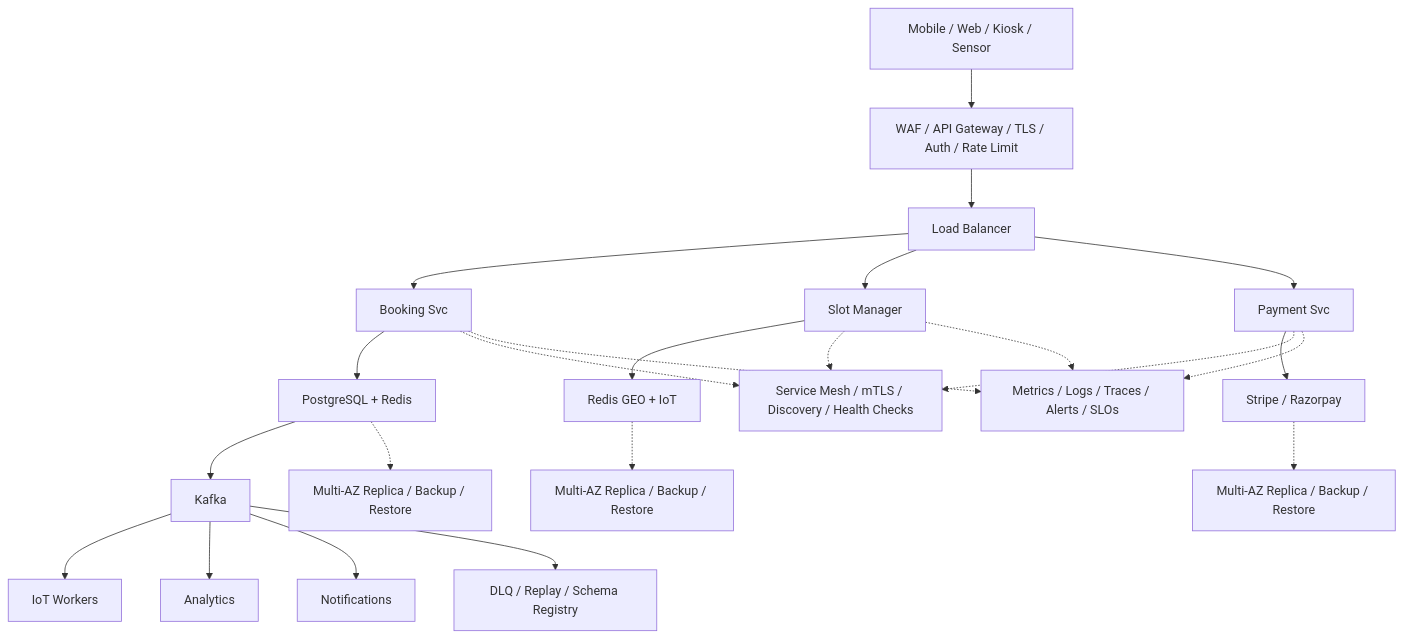
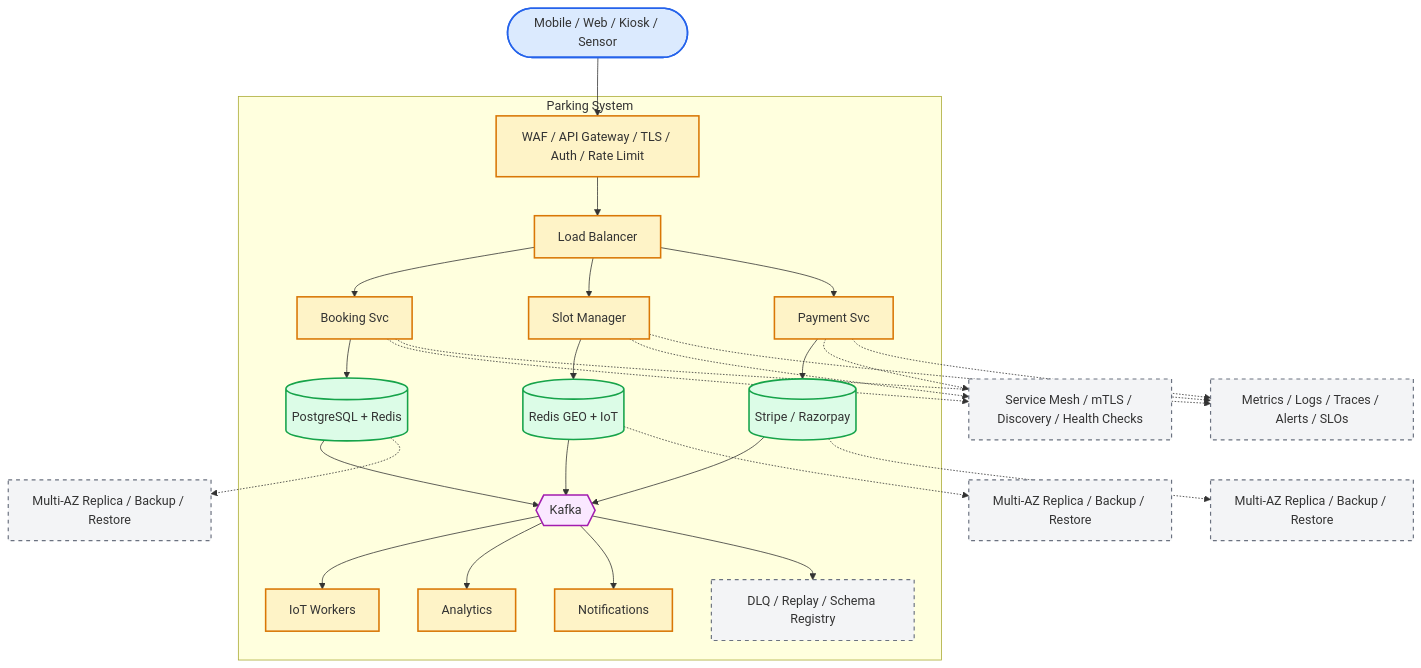
Before and after one commit to aishwary11/system-design: the diagram in system-design-parking-system.md, drawn with Mermaid. The commit also changed other lines of this file and 36 other files, not shown here.

First line of the commit message:
Standardize all diagrams on C4-style Mermaid template

````diff
--- a/system-design-parking-system.md
+++ b/system-design-parking-system.md
@@ -40,25 +40,65 @@
 ```mermaid
 flowchart TB
-    clients["Mobile / Web / Kiosk / Sensor"] --> edge["WAF / API Gateway / TLS / Auth / Rate Limit"]
-    edge --> lb["Load Balancer"]
-    lb --> svc0["Booking Svc"]
-    lb --> svc1["Slot Manager"]
-    lb --> svc2["Payment Svc"]
-    svc0 --> store0["PostgreSQL + Redis"]
-    svc1 --> store1["Redis GEO + IoT"]
-    svc2 --> store2["Stripe / Razorpay"]
-    store0 --> stream["Kafka"]
-    stream --> worker0["IoT Workers"]
-    stream --> worker1["Analytics"]
-    stream --> worker2["Notifications"]
-    svc0 -.-> platform["Service Mesh / mTLS / Discovery / Health Checks"]
-    svc1 -.-> platform
-    svc2 -.-> platform
-    store0 -.-> backup0["Multi-AZ Replica / Backup / Restore"]
-    store1 -.-> backup1["Multi-AZ Replica / Backup / Restore"]
-    store2 -.-> backup2["Multi-AZ Replica / Backup / Restore"]
-    stream --> dlq["DLQ / Replay / Schema Registry"]
-    svc0 -.-> ops["Metrics / Logs / Traces / Alerts / SLOs"]
+    %% Actors (people)
+    clients(["Mobile / Web / Kiosk / Sensor"])
+
+    %% System boundary - containers owned by the platform
+    subgraph platform["Parking System"]
+        edge["WAF / API Gateway / TLS / Auth / Rate Limit"]
+        lb["Load Balancer"]
+        svc0["Booking Svc"]
+        svc1["Slot Manager"]
+        svc2["Payment Svc"]
+        store0[("PostgreSQL + Redis")]
+        store1[("Redis GEO + IoT")]
+        store2[("Stripe / Razorpay")]
+        stream{{"Kafka"}}
+        worker0["IoT Workers"]
+        worker1["Analytics"]
+        worker2["Notifications"]
+        dlq["DLQ / Replay / Schema Registry"]
+    end
+
+    %% Cross-cutting control plane (dashed edges)
+    mesh["Service Mesh / mTLS / Discovery / Health Checks"]
+    ops["Metrics / Logs / Traces / Alerts / SLOs"]
+    backup0["Multi-AZ Replica / Backup / Restore"]
+    backup1["Multi-AZ Replica / Backup / Restore"]
+    backup2["Multi-AZ Replica / Backup / Restore"]
+
+    clients --> edge
+    edge --> lb
+    lb --> svc0
+    lb --> svc1
+    lb --> svc2
+    svc0 --> store0
+    svc1 --> store1
+    svc2 --> store2
+    store0 --> stream
+    store1 --> stream
+    store2 --> stream
+    stream --> worker0
+    stream --> worker1
+    stream --> worker2
+    stream --> dlq
+    svc0 -.-> mesh
+    svc1 -.-> mesh
+    svc2 -.-> mesh
+    svc0 -.-> ops
     svc1 -.-> ops
     svc2 -.-> ops
+    store0 -.-> backup0
+    store1 -.-> backup1
+    store2 -.-> backup2
+
+    classDef actor fill:#dbeafe,stroke:#2563eb,stroke-width:2px
+    classDef service fill:#fef3c7,stroke:#d97706,stroke-width:2px
+    classDef store fill:#dcfce7,stroke:#16a34a,stroke-width:2px
+    classDef broker fill:#fae8ff,stroke:#a21caf,stroke-width:2px
+    classDef control fill:#f3f4f6,stroke:#6b7280,stroke-width:1.5px,stroke-dasharray:5 5
+    class clients actor
+    class edge,lb,svc0,svc1,svc2,worker0,worker1,worker2 service
+    class store0,store1,store2 store
+    class stream broker
+    class dlq,mesh,ops,backup0,backup1,backup2 control
 ```
````
